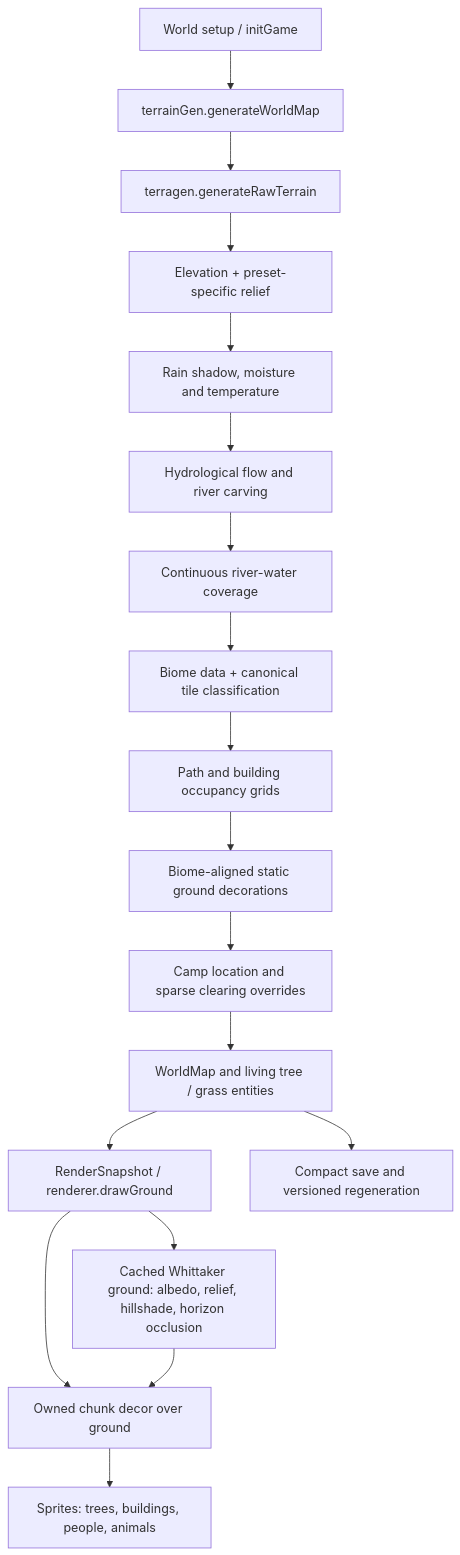
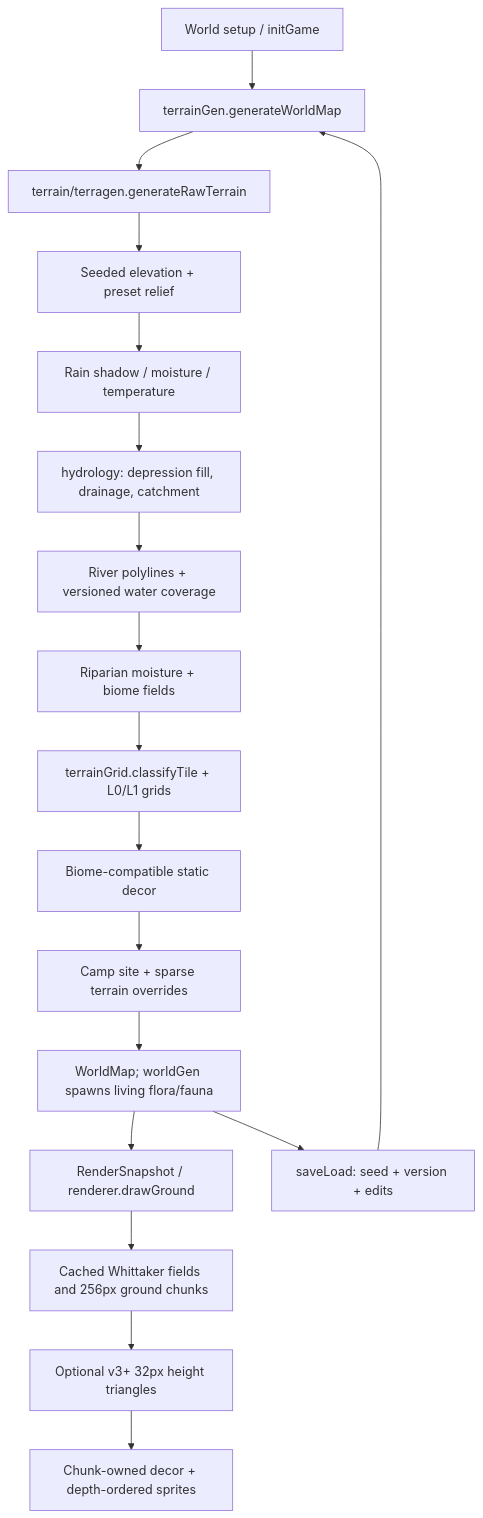
The diagram in docs/TERRAIN_ARCHITECTURE.md (Rengerams/wilderfolk), drawn with Mermaid before and after one commit. The commit also changed other lines of this file and 7 other files, not shown here.

Commit message:
docs(terrain): consolidate all terrain architecture into single current reference

````diff
--- a/docs/TERRAIN_ARCHITECTURE.md
+++ b/docs/TERRAIN_ARCHITECTURE.md
@@ -9,20 +23,20 @@
-```mermaid
+~~~mermaid
 flowchart TD
-    A["World setup / initGame"] --> B["terrainGen.generateWorldMap"]
-    B --> C["terragen.generateRawTerrain"]
-    C --> D["Elevation + preset-specific relief"]
-    D --> E["Rain shadow, moisture and temperature"]
-    E --> F["Hydrological flow and river carving"]
-    F --> G["Continuous river-water coverage"]
-    G --> H["Biome data + canonical tile classification"]
-    H --> I["Path and building occupancy grids"]
-    I --> J["Biome-aligned static ground decorations"]
-    J --> K["Camp location and sparse clearing overrides"]
-    K --> L["WorldMap and living tree / grass entities"]
-    L --> M["RenderSnapshot / renderer.drawGround"]
-    M --> N["Cached Whittaker ground: albedo, relief, hillshade, horizon occlusion"]
-    M --> O["Owned chunk decor over ground"]
-    N --> O
-    O --> P["Sprites: trees, buildings, people, animals"]
-    L --> Q["Compact save and versioned regeneration"]
-```
+  A["World setup / initGame"] --> B["terrainGen.generateWorldMap"]
+  B --> C["terrain/terragen.generateRawTerrain"]
+  C --> D["Seeded elevation + preset relief"]
+  D --> E["Rain shadow / moisture / temperature"]
+  E --> F["hydrology: depression fill, drainage, catchment"]
+  F --> G["River polylines + versioned water coverage"]
+  G --> H["Riparian moisture + biome fields"]
+  H --> I["terrainGrid.classifyTile + L0/L1 grids"]
+  I --> J["Biome-compatible static decor"]
+  J --> K["Camp site + sparse terrain overrides"]
+  K --> L["WorldMap; worldGen spawns living flora/fauna"]
+  L --> M["RenderSnapshot / renderer.drawGround"]
+  M --> N["Cached Whittaker fields and 256px ground chunks"]
+  N --> O["Optional v3+ 32px height triangles"]
+  O --> P["Chunk-owned decor + depth-ordered sprites"]
+  L --> Q["saveLoad: seed + version + edits"]
+  Q --> B
+~~~
````
